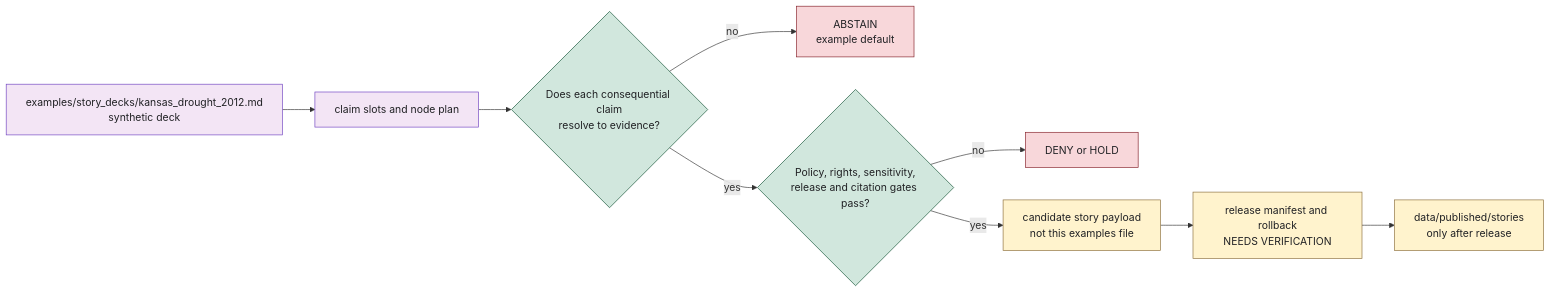
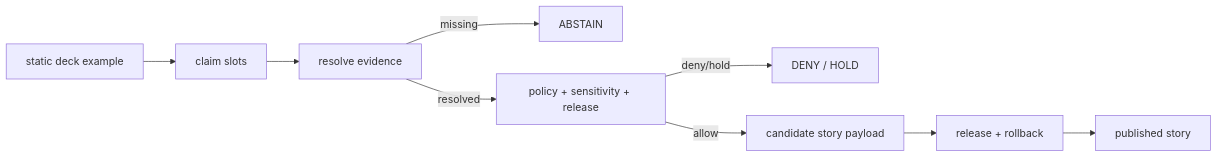
The diagram in examples/story_decks/kansas_drought_2012.md (bartytime4life/Kansas-Frontier-Matrix), drawn with Mermaid before and after one commit. The commit also changed other lines of this file and 7 other files, not shown here.

````diff
--- a/examples/story_decks/kansas_drought_2012.md
+++ b/examples/story_decks/kansas_drought_2012.md
@@ -222,20 +123,11 @@
 ```mermaid
 flowchart LR
-    EX["examples/story_decks/kansas_drought_2012.md<br/>synthetic deck"] --> PLAN["claim slots and node plan"]
-    PLAN --> GATE{"Does each consequential claim<br/>resolve to evidence?"}
-    GATE -->|"no"| ABSTAIN["ABSTAIN<br/>example default"]
-    GATE -->|"yes"| POLICY{"Policy, rights, sensitivity,<br/>release and citation gates pass?"}
-    POLICY -->|"no"| DENY["DENY or HOLD"]
-    POLICY -->|"yes"| STORY["candidate story payload<br/>not this examples file"]
-    STORY --> RELEASE["release manifest and rollback<br/>NEEDS VERIFICATION"]
-    RELEASE --> PUBLISHED["data/published/stories<br/>only after release"]
-
-    classDef example fill:#f3e5f5,stroke:#6f42c1,color:#202124;
-    classDef gate fill:#d1e7dd,stroke:#0f5132,color:#202124;
-    classDef stop fill:#f8d7da,stroke:#842029,color:#202124;
-    classDef data fill:#fff3cd,stroke:#8a6d3b,color:#202124;
-    class EX,PLAN example;
-    class GATE,POLICY gate;
-    class ABSTAIN,DENY stop;
-    class STORY,RELEASE,PUBLISHED data;
+    EX["static deck example"] --> SLOTS["claim slots"]
+    SLOTS --> EVID["resolve evidence"]
+    EVID -->|"missing"| ABSTAIN["ABSTAIN"]
+    EVID -->|"resolved"| POLICY["policy + sensitivity + release"]
+    POLICY -->|"deny/hold"| DENY["DENY / HOLD"]
+    POLICY -->|"allow"| STORY["candidate story payload"]
+    STORY --> RELEASE["release + rollback"]
+    RELEASE --> PUBLISHED["published story"]
 ```
````
